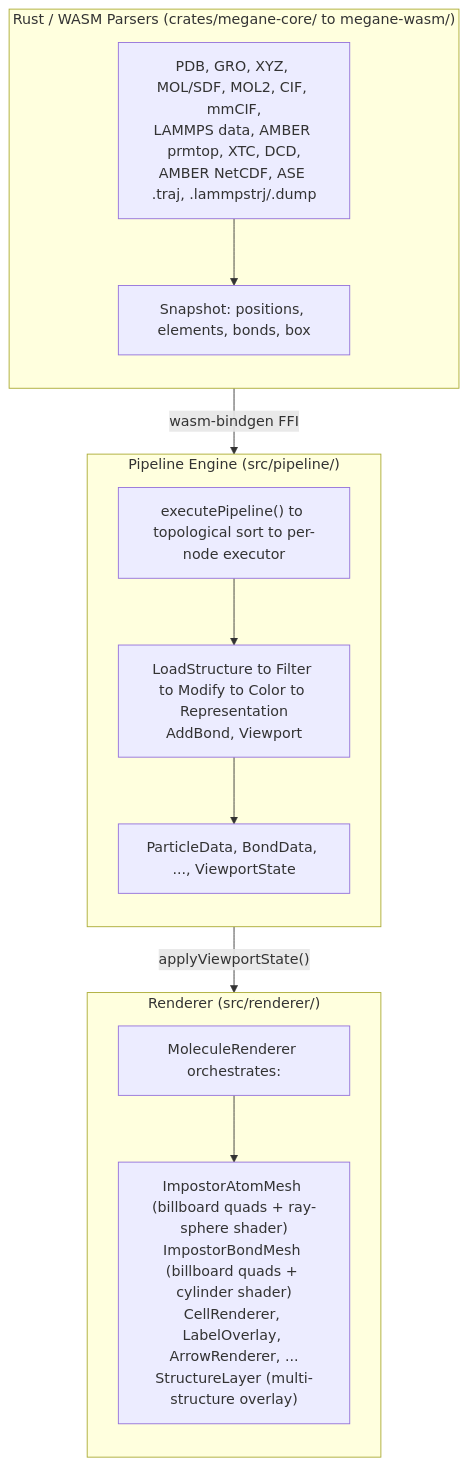
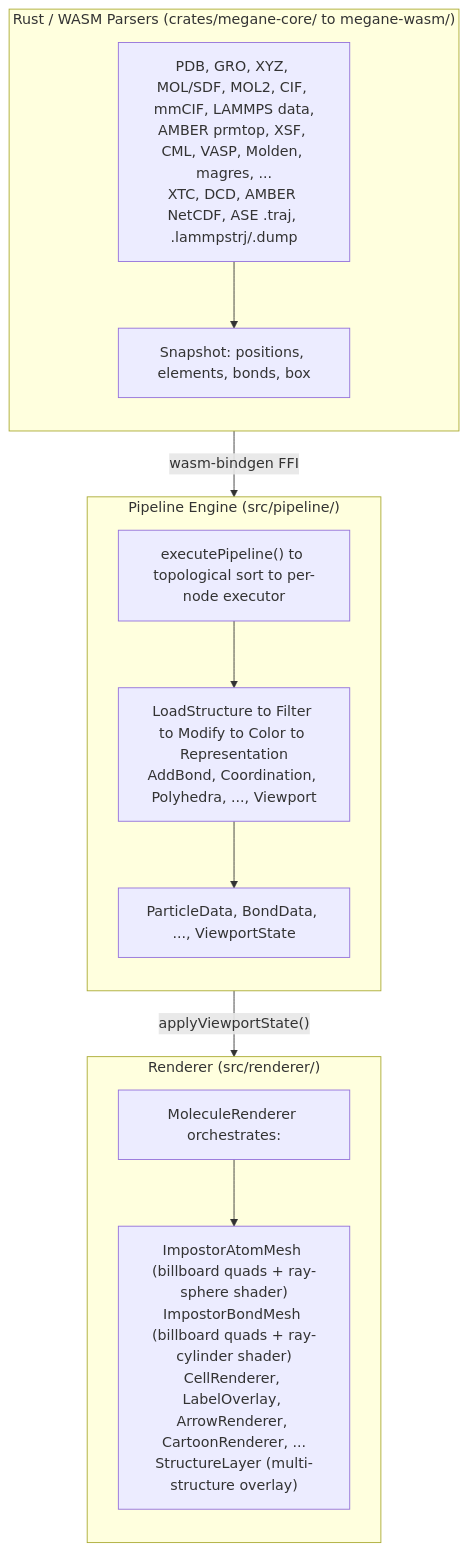
One commit to megane-labs/megane changed the diagram in docs/docs/dev/architecture.md. Above: the diagram before and after it, drawn with Mermaid. The commit also changed other lines of this file and 14 other files, not shown here.

````diff
--- a/docs/docs/dev/architecture.md
+++ b/docs/docs/dev/architecture.md
@@ -28,27 +28,27 @@
 ```mermaid
 flowchart TB
     subgraph parsers["Rust / WASM Parsers (crates/megane-core/ to megane-wasm/)"]
         direction TB
-        formats["PDB, GRO, XYZ, MOL/SDF, MOL2, CIF, mmCIF,<br/>LAMMPS data, AMBER prmtop, XTC, DCD,<br/>AMBER NetCDF, ASE .traj, .lammpstrj/.dump"]
+        formats["PDB, GRO, XYZ, MOL/SDF, MOL2, CIF, mmCIF, LAMMPS data,<br/>AMBER prmtop, XSF, CML, VASP, Molden, magres, ...<br/>XTC, DCD, AMBER NetCDF, ASE .traj, .lammpstrj/.dump"]
         snapshot["Snapshot: positions, elements, bonds, box"]
         formats --> snapshot
     end
 
     subgraph engine["Pipeline Engine (src/pipeline/)"]
         direction TB
         exec["executePipeline() to topological sort to per-node executor"]
-        flow["LoadStructure to Filter to Modify to Color to Representation<br/>AddBond, Viewport"]
+        flow["LoadStructure to Filter to Modify to Color to Representation<br/>AddBond, Coordination, Polyhedra, ..., Viewport"]
         outputs["ParticleData, BondData, ..., ViewportState"]
         exec --> flow --> outputs
     end
 
     subgraph renderer["Renderer (src/renderer/)"]
         direction TB
         orch["MoleculeRenderer orchestrates:"]
-        meshes["ImpostorAtomMesh (billboard quads + ray-sphere shader)<br/>ImpostorBondMesh (billboard quads + cylinder shader)<br/>CellRenderer, LabelOverlay, ArrowRenderer, ...<br/>StructureLayer (multi-structure overlay)"]
+        meshes["ImpostorAtomMesh (billboard quads + ray-sphere shader)<br/>ImpostorBondMesh (billboard quads + ray-cylinder shader)<br/>CellRenderer, LabelOverlay, ArrowRenderer, CartoonRenderer, ...<br/>StructureLayer (multi-structure overlay)"]
         orch --> meshes
     end
 
     parsers -- "wasm-bindgen FFI" --> engine
     engine -- "applyViewportState()" --> renderer
 ```
````
